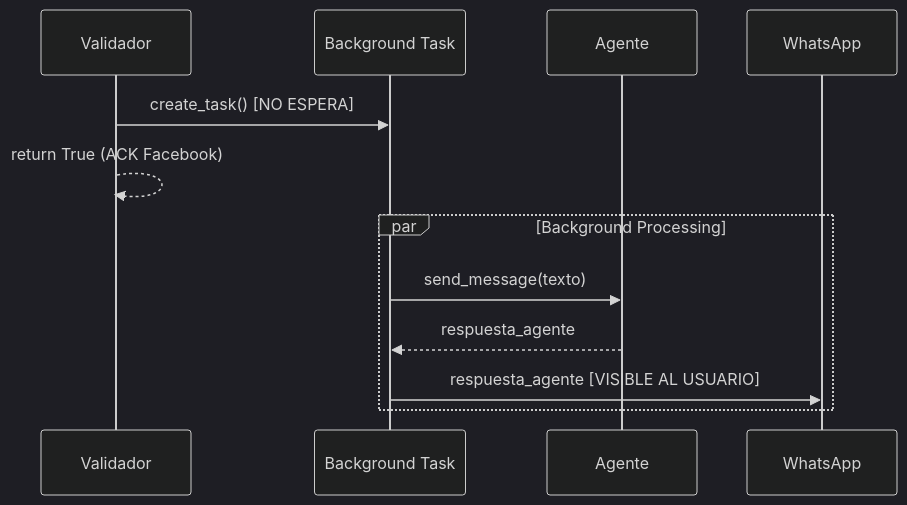
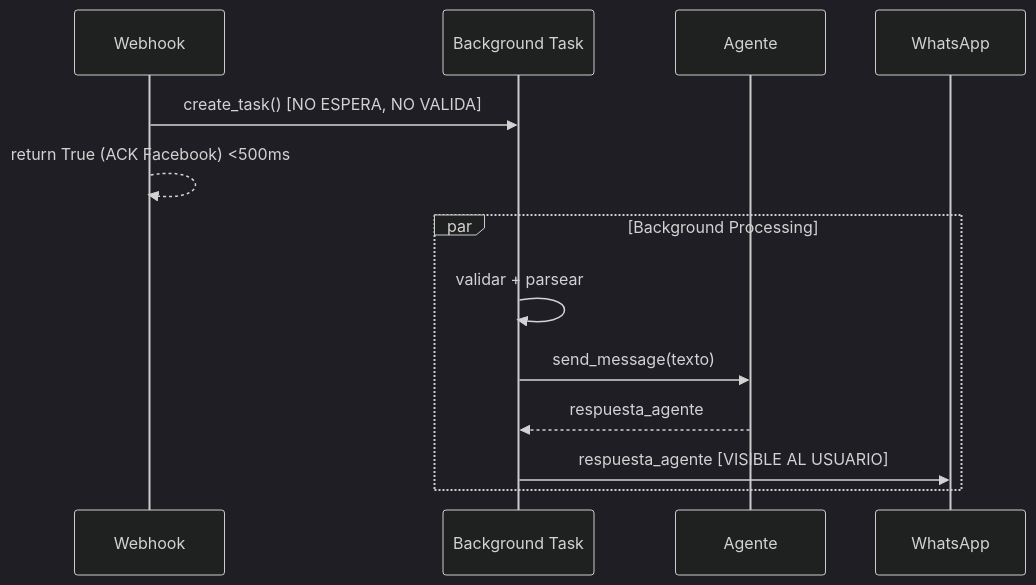
One commit to RodrigoVasquez/agro_extension_digital_project changed the second of 2 diagrams in webhook-application/SEQUENCE_DIAGRAM.md. Above: the diagram before and after it, drawn with Mermaid (dark theme). The commit also changed other lines of this file and 1 other file, not shown here.

Commit message:
Ack before to propcess

````diff
--- a/webhook-application/SEQUENCE_DIAGRAM.md
+++ b/webhook-application/SEQUENCE_DIAGRAM.md
@@ -94,16 +94,17 @@
 ```mermaid
 sequenceDiagram
-    participant VP as Validador
+    participant WH as Webhook
     participant BG as Background Task
     participant AG as Agente
     participant WS as WhatsApp
 
-    VP->>BG: create_task() [NO ESPERA]
-    VP-->>VP: return True (ACK Facebook)
+    WH->>BG: create_task() [NO ESPERA, NO VALIDA]
+    WH-->>WH: return True (ACK Facebook) <500ms
     
     par Background Processing
+        BG->>BG: validar + parsear
         BG->>AG: send_message(texto)
         AG-->>BG: respuesta_agente
         BG->>WS: respuesta_agente [VISIBLE AL USUARIO]
     end
 ```
````
